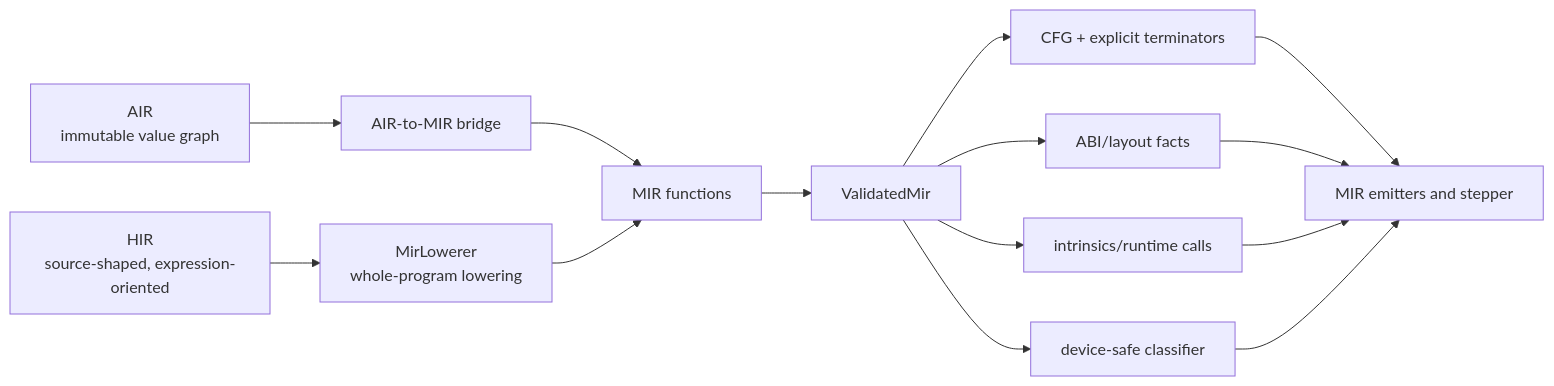
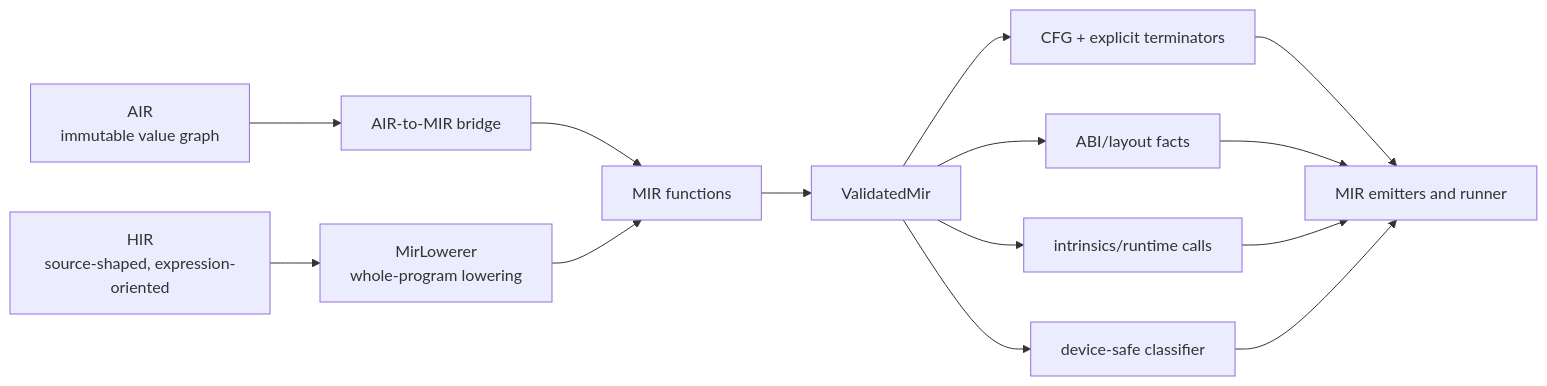
One commit to faberlang/faberlang.dev changed the eighth of 10 diagrams in src/en-US/toolchain/radix.md. Above: the diagram before and after it, drawn with Mermaid. The commit also changed other lines of this file and 49 other files, not shown here.

````diff
--- a/src/en-US/toolchain/radix.md
+++ b/src/en-US/toolchain/radix.md
@@ -703,18 +719,18 @@
 ```mermaid
 flowchart LR
     HIR["HIR\nsource-shaped, expression-oriented"] --> Lower["MirLowerer\nwhole-program lowering"]
     AIR["AIR\nimmutable value graph"] --> AirBridge["AIR-to-MIR bridge"]
     AirBridge --> Lowered["MIR functions"]
     Lower --> Lowered
     Lowered --> Validate["ValidatedMir"]
 
     Validate --> CFG["CFG + explicit terminators"]
     Validate --> ABI["ABI/layout facts"]
     Validate --> Runtime["intrinsics/runtime calls"]
     Validate --> Device["device-safe classifier"]
 
-    CFG --> Emit["MIR emitters and stepper"]
+    CFG --> Emit["MIR emitters and runner"]
     ABI --> Emit
     Runtime --> Emit
     Device --> Emit
 ```
````
